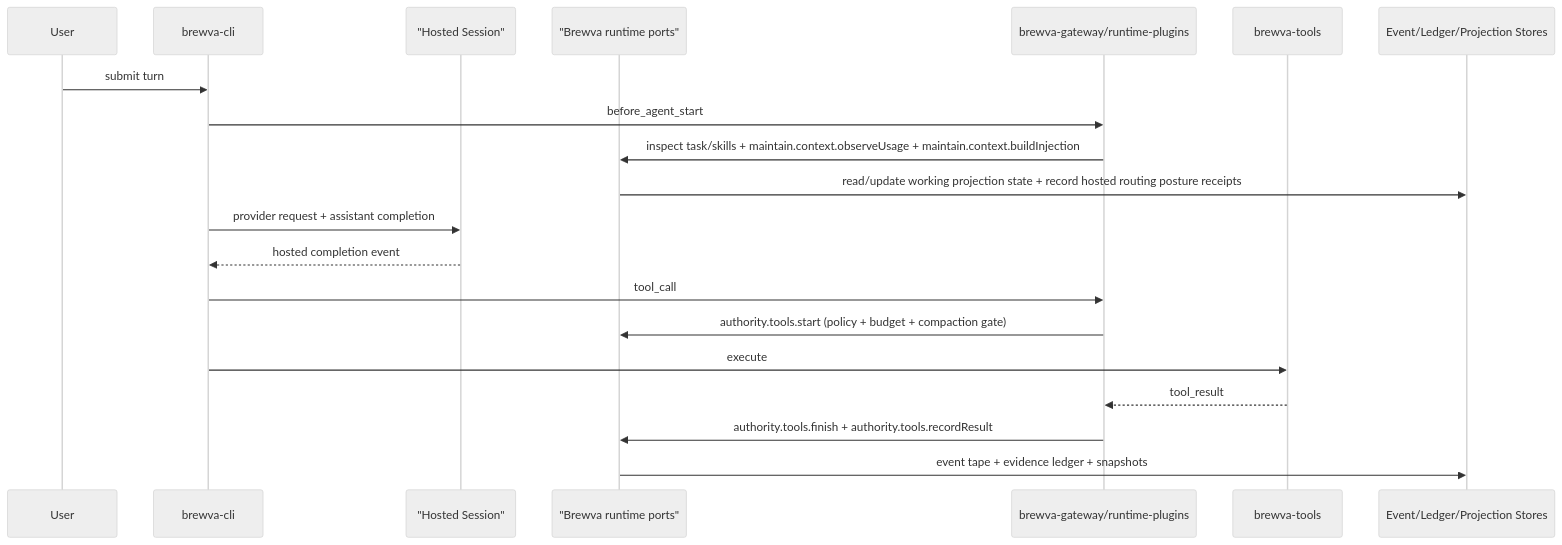
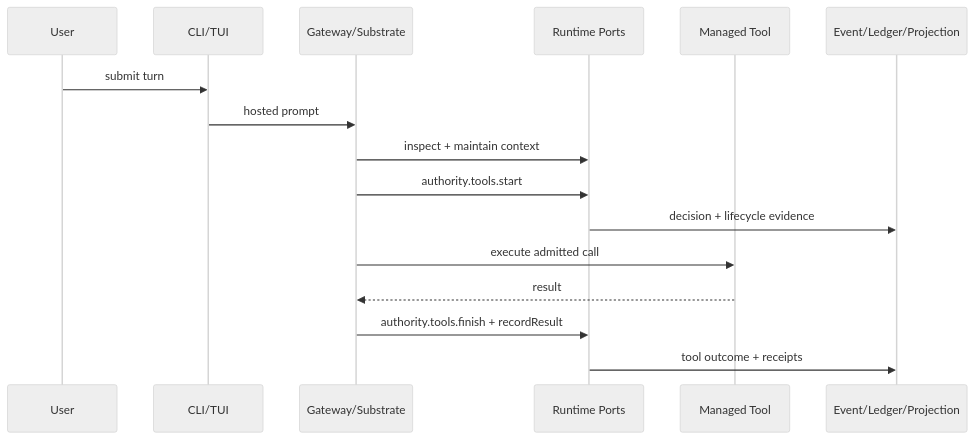
Before and after one commit to arcthur/brewva: the first of 5 diagrams in docs/architecture/control-and-data-flow.md, drawn with Mermaid (neutral theme). The commit also changed other lines of this file and 173 other files, not shown here.

First line of the commit message:
docs: restructure documentation architecture

````diff
--- a/docs/architecture/control-and-data-flow.md
+++ b/docs/architecture/control-and-data-flow.md
@@ -22,23 +10,19 @@
 ```mermaid
 sequenceDiagram
   participant U as User
-  participant CLI as brewva-cli
-  participant HOST as "Hosted Session"
-  participant RT as "Brewva runtime ports"
-  participant EXT as brewva-gateway/runtime-plugins
-  participant TOOLS as brewva-tools
-  participant STORE as Event/Ledger/Projection Stores
+  participant CLI as CLI/TUI
+  participant GW as Gateway/Substrate
+  participant RT as Runtime Ports
+  participant TOOL as Managed Tool
+  participant STORE as Event/Ledger/Projection
 
   U->>CLI: submit turn
-  CLI->>EXT: before_agent_start
-  EXT->>RT: inspect task/skills + maintain.context.observeUsage + maintain.context.buildInjection
-  RT->>STORE: read/update working projection state + record hosted routing posture receipts
-  CLI->>HOST: provider request + assistant completion
-  HOST-->>CLI: hosted completion event
-  CLI->>EXT: tool_call
-  EXT->>RT: authority.tools.start (policy + budget + compaction gate)
-  CLI->>TOOLS: execute
-  TOOLS-->>EXT: tool_result
-  EXT->>RT: authority.tools.finish + authority.tools.recordResult
-  RT->>STORE: event tape + evidence ledger + snapshots
+  CLI->>GW: hosted prompt
+  GW->>RT: inspect + maintain context
+  GW->>RT: authority.tools.start
+  RT->>STORE: decision + lifecycle evidence
+  GW->>TOOL: execute admitted call
+  TOOL-->>GW: result
+  GW->>RT: authority.tools.finish + recordResult
+  RT->>STORE: tool outcome + receipts
 ```
````
